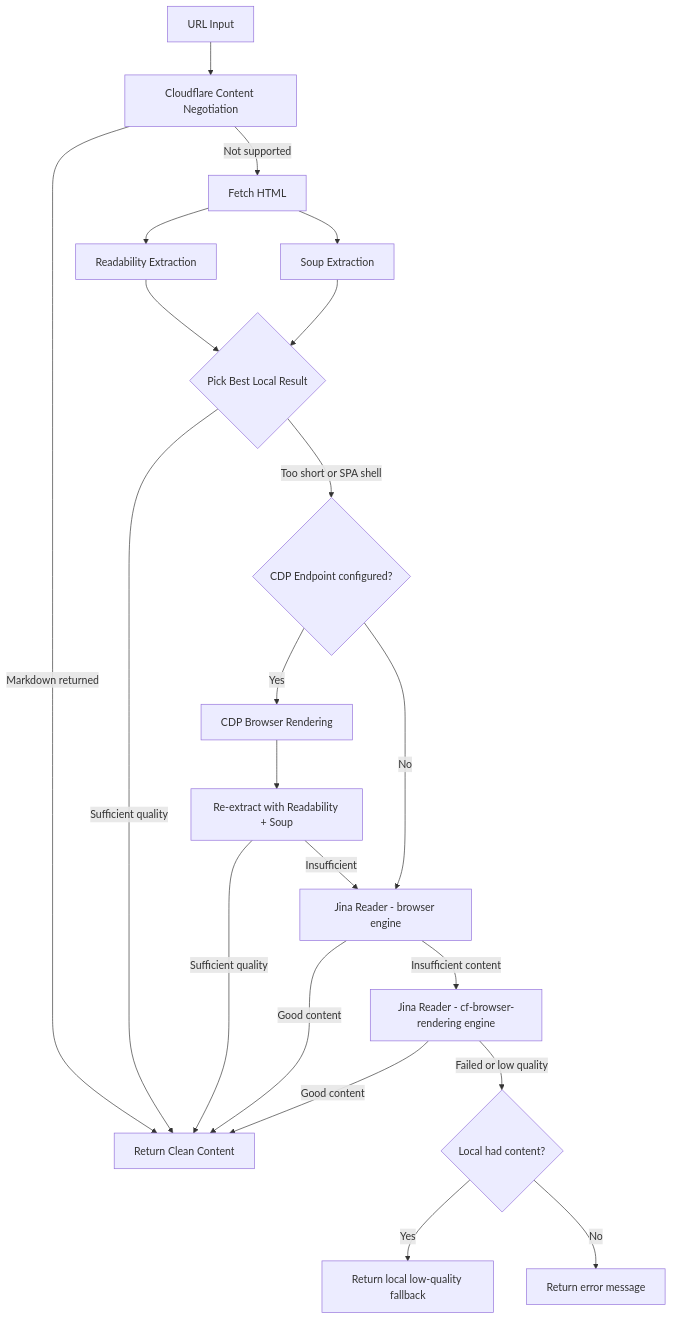
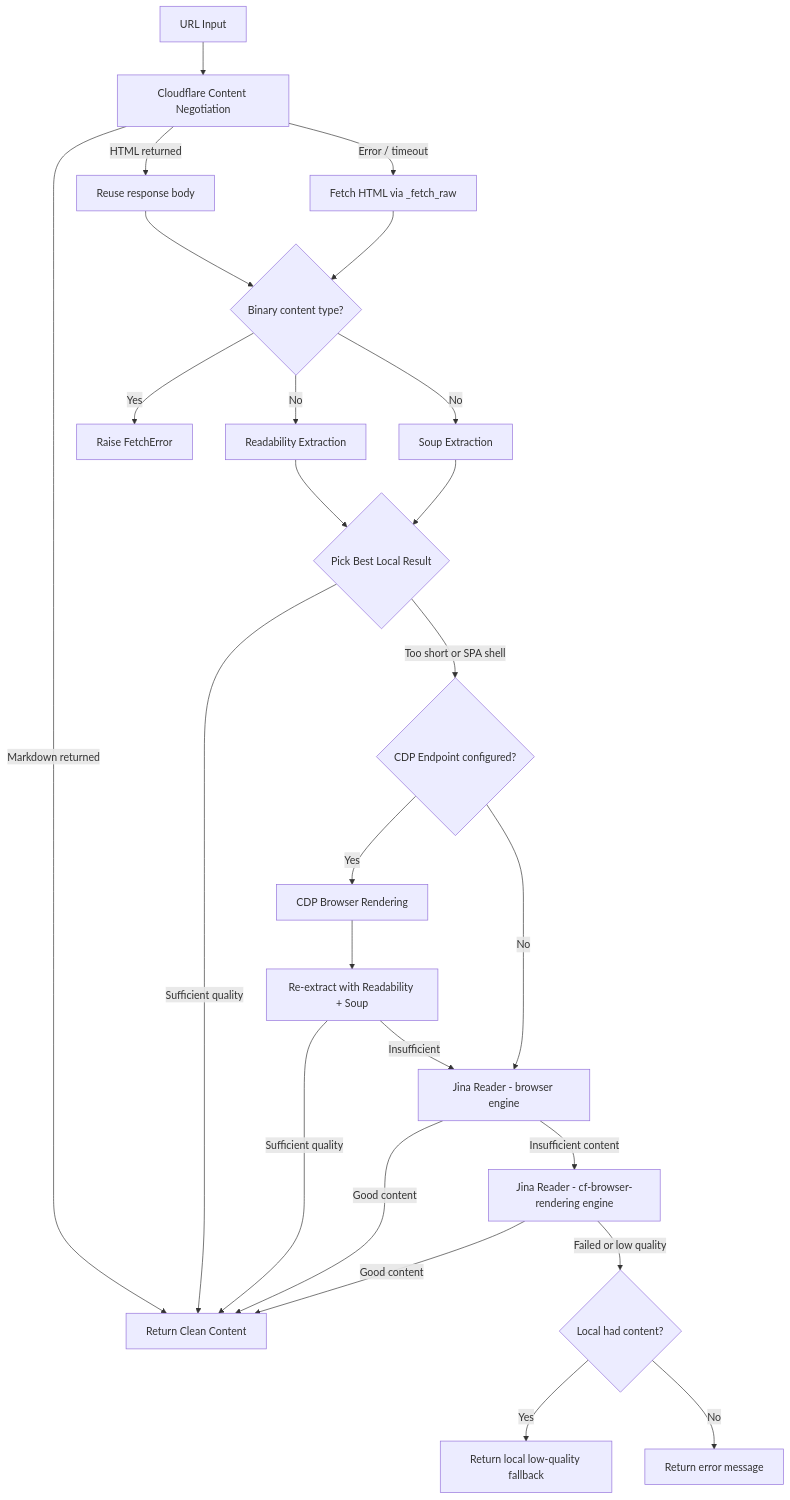
The diagram in docs/tools/websearch/web_fetch_tool.md (Oaklight/toolregistry-hub), drawn with Mermaid before and after one commit. The commit also changed other lines of this file and 1 other file, not shown here.

Commit message:
docs(en): update changelog and fetch tool docs for #132
- changelog: add response reuse and binary MIME interception entries
- web_fetch_tool: update strategy chain description, flowchart, and
  limitations to reflect response body reuse and binary rejection

````diff
--- a/docs/tools/websearch/web_fetch_tool.md
+++ b/docs/tools/websearch/web_fetch_tool.md
@@ -93,22 +95,26 @@
 ```mermaid
 flowchart TD
     A[URL Input] --> B[Cloudflare Content Negotiation]
     B -->|Markdown returned| Z[Return Clean Content]
-    B -->|Not supported| C[Fetch HTML]
-    C --> D[Readability Extraction]
-    C --> E[Soup Extraction]
+    B -->|HTML returned| REUSE[Reuse response body]
+    B -->|Error / timeout| C[Fetch HTML via _fetch_raw]
+    REUSE --> BIN{Binary content type?}
+    C --> BIN
+    BIN -->|Yes| ERR[Raise FetchError]
+    BIN -->|No| D[Readability Extraction]
+    BIN -->|No| E[Soup Extraction]
     D & E --> F{Pick Best Local Result}
     F -->|Sufficient quality| Z
     F -->|Too short or SPA shell| CDP{CDP Endpoint configured?}
     CDP -->|Yes| CDP1[CDP Browser Rendering]
     CDP1 --> CDP2[Re-extract with Readability + Soup]
     CDP2 -->|Sufficient quality| Z
     CDP2 -->|Insufficient| G[Jina Reader - browser engine]
     CDP -->|No| G
     G -->|Good content| Z
     G -->|Insufficient content| G2[Jina Reader - cf-browser-rendering engine]
     G2 -->|Good content| Z
     G2 -->|Failed or low quality| H{Local had content?}
     H -->|Yes| I[Return local low-quality fallback]
     H -->|No| J[Return error message]
 ```
````
